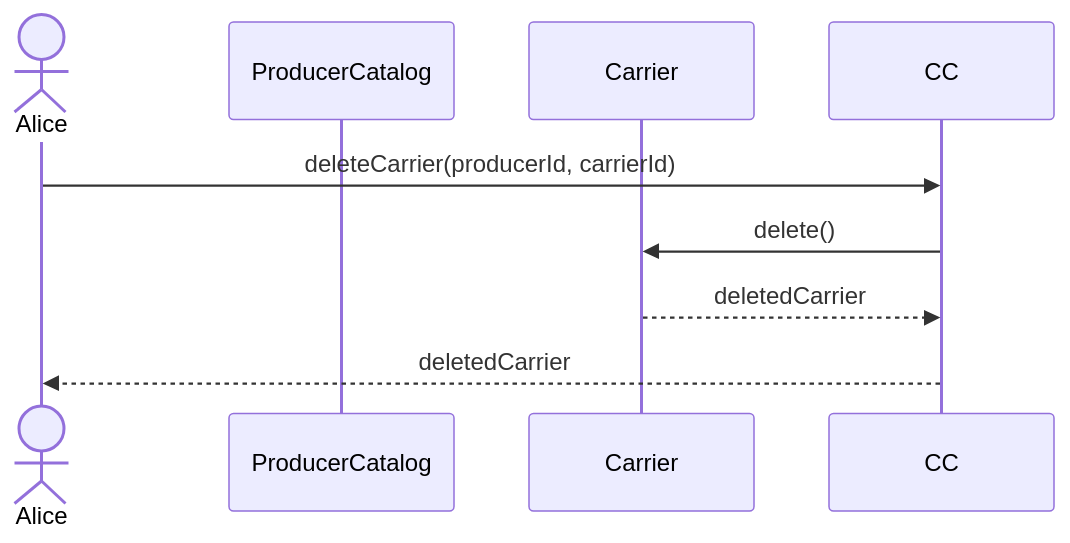
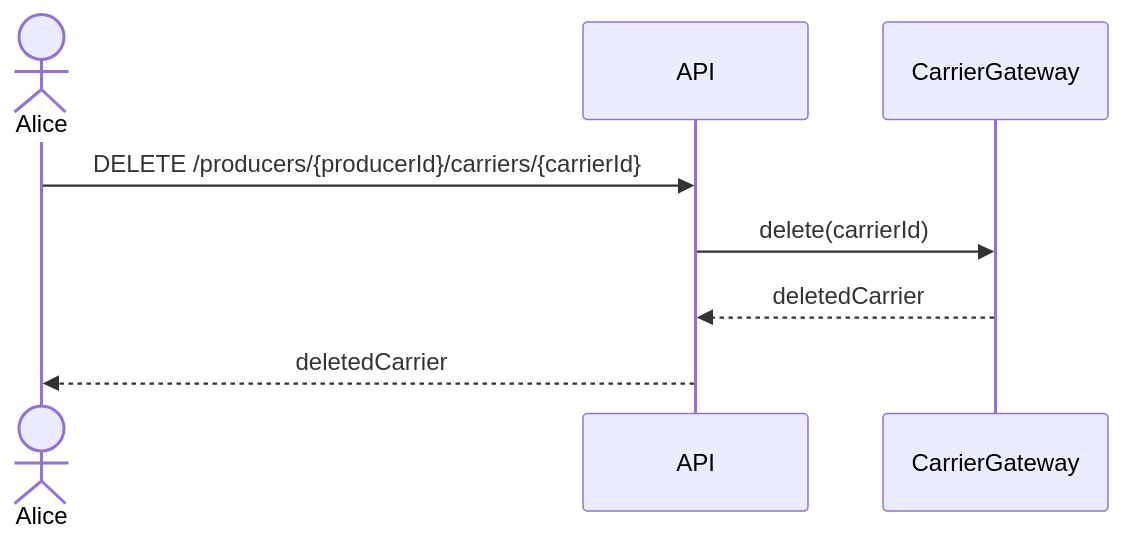
One commit to hivetown/planning changed diagram 30 of 32 in sequence.md. Above: the diagram before and after it, drawn with Mermaid. The commit also changed other lines of this file, not shown here.

Commit message:
diagramas de sequência

````diff
--- a/sequence.md
+++ b/sequence.md
@@ -951,11 +980,13 @@
 ```mermaid
 sequenceDiagram
     actor A as Alice
-    participant PC as ProducerCatalog
-    participant C as Carrier
+    participant API as API
+    participant CG as CarrierGateway
 
-    A ->> CC: deleteCarrier(producerId, carrierId)
-    CC ->> C: delete()
-    C -->> CC: deletedCarrier
-    CC -->> A: deletedCarrier
+    A ->> API: DELETE /producers/{producerId}/carriers/{carrierId}
+
+    API ->> CG: delete(carrierId)
+    CG -->> API: deletedCarrier
+
+    API -->> A: deletedCarrier
 ```
````
